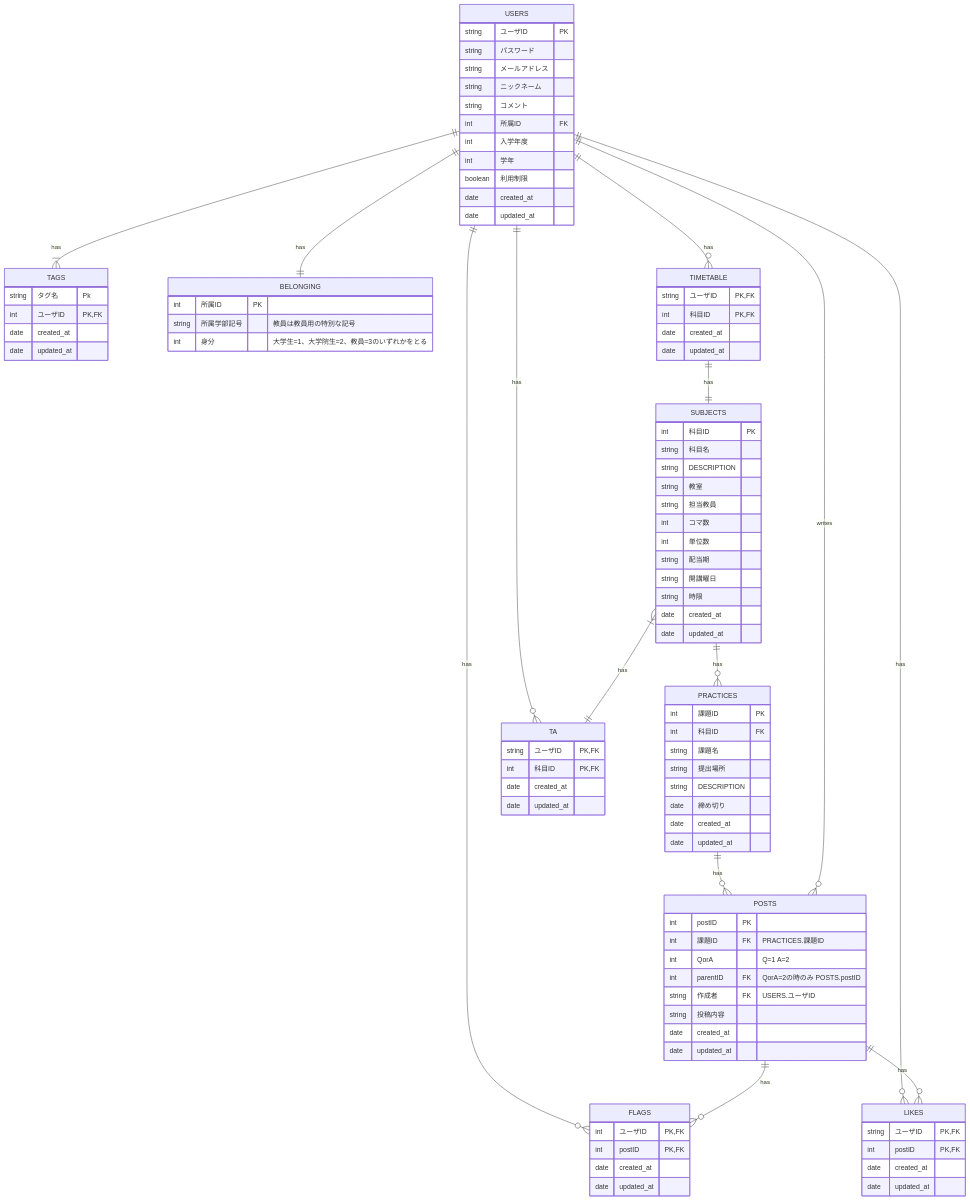
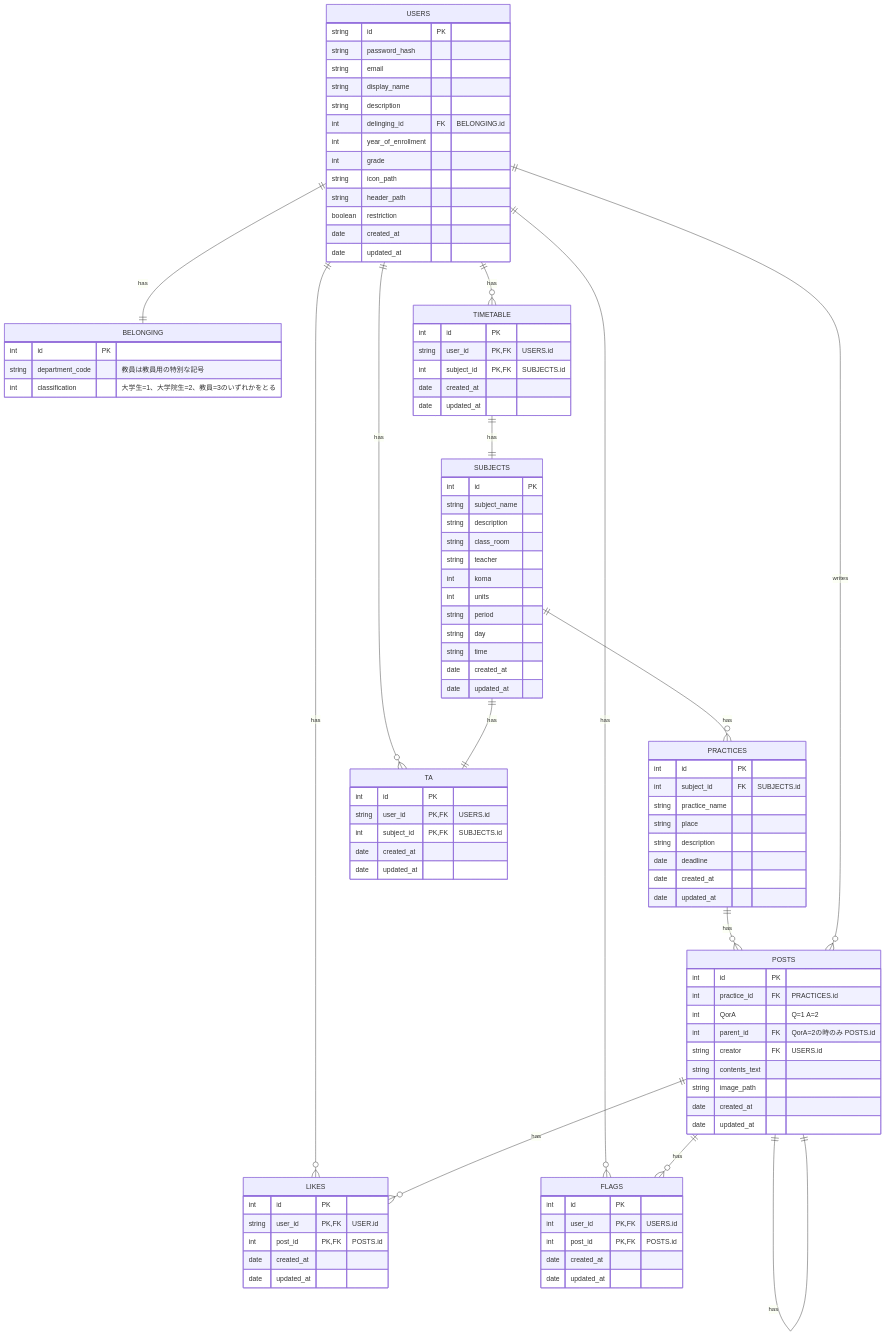
The diagram in QandA_ER.md (buhtiG27/ServerProgramming), drawn with Mermaid before and after one commit.

Commit message:
ER図のカラムを英語名に変更、TAGSを削除

````diff
--- a/QandA_ER.md
+++ b/QandA_ER.md
@@ -3,94 +3,94 @@
 ```mermaid
     erDiagram
         USERS {
-            string ユーザID PK
-            string パスワード
-            string メールアドレス
-            string ニックネーム
-            string コメント
-            int 所属ID FK
-            int 入学年度
-            int 学年
-            boolean 利用制限
-            date created_at
-            date updated_at
-        }
-
-        TAGS {
-            string タグ名 Pk
-            int ユーザID PK,FK
+            string id PK
+            string password_hash
+            string email
+            string display_name
+            string description
+            int delinging_id FK "BELONGING.id"
+            int year_of_enrollment
+            int grade
+            string icon_path
+            string header_path
+            boolean restriction
             date created_at
             date updated_at
         }
 
         LIKES {
-            string ユーザID PK,FK
-            int postID PK,FK
+            int id PK
+            string user_id PK,FK "USER.id"
+            int post_id PK,FK "POSTS.id"
             date created_at
             date updated_at
         }
 
         FLAGS {
-            int ユーザID PK,FK
-            int postID PK,FK
+            int id PK
+            int user_id PK,FK "USERS.id"
+            int post_id PK,FK "POSTS.id"
             date created_at
             date updated_at
         }
 
         BELONGING {
-            int 所属ID PK
-            string 所属学部記号 "教員は教員用の特別な記号"
-            int 身分 "大学生=1、大学院生=2、教員=3のいずれかをとる"
+            int id PK
+            string department_code "教員は教員用の特別な記号"
+            int classification "大学生=1、大学院生=2、教員=3のいずれかをとる"
         }
 
         SUBJECTS {
-            int 科目ID PK
-            string 科目名
-            string DESCRIPTION
-            string 教室
-            string 担当教員
-            int コマ数
-            int 単位数
-            string 配当期
-            string 開講曜日
-            string 時限
+            int id PK
+            string subject_name
+            string description
+            string class_room
+            string teacher
+            int koma
+            int units
+            string period
+            string day
+            string time
             date created_at
             date updated_at
         }
 
         PRACTICES {
-            int 課題ID PK
-            int 科目ID FK
-            string 課題名
-            string 提出場所
-            string DESCRIPTION
-            date 締め切り
+            int id PK
+            int subject_id FK "SUBJECTS.id"
+            string practice_name
+            string place
+            string description
+            date deadline
             date created_at
             date updated_at
         }
 
 
         POSTS {
-            int postID PK
-            int 課題ID FK "PRACTICES.課題ID"
+            int id PK
+            int practice_id FK "PRACTICES.id"
             int QorA "Q=1 A=2"
-            int parentID FK "QorA=2の時のみ POSTS.postID"
-            string 作成者 FK "USERS.ユーザID"
-            string 投稿内容
+            int parent_id FK "QorA=2の時のみ POSTS.id"
+            string creator FK "USERS.id"
+            string contents_text
+            string image_path
             date created_at
             date updated_at
         }
 
         TIMETABLE {
-            string ユーザID PK,FK
-            int 科目ID PK,FK
+            int id PK
+            string user_id PK,FK "USERS.id"
+            int subject_id PK,FK "SUBJECTS.id"
             date created_at
             date updated_at
         }
 
         TA {
-            string ユーザID PK,FK
-            int 科目ID PK, FK
+            int id PK
+            string user_id PK,FK "USERS.id"
+            int subject_id PK, FK "SUBJECTS.id"
             date created_at
             date updated_at
         }
@@ -106,6 +106,6 @@
         USERS ||--o{ POSTS : writes
         USERS ||--|| BELONGING : has
         USERS ||--o{ TA : has
-        SUBJECTS }|--|| TA : has
-        USERS  ||--|{ TAGS : has
+        SUBJECTS ||--|| TA : has
+        POSTS ||--|| POSTS : has
 ```
````
